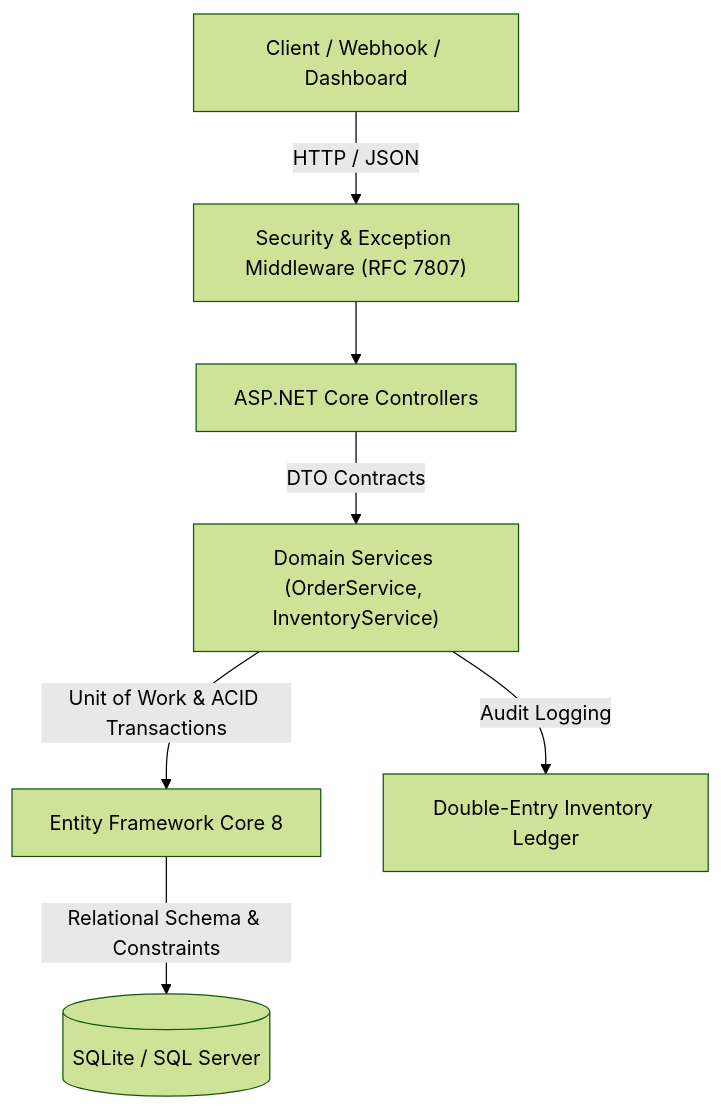
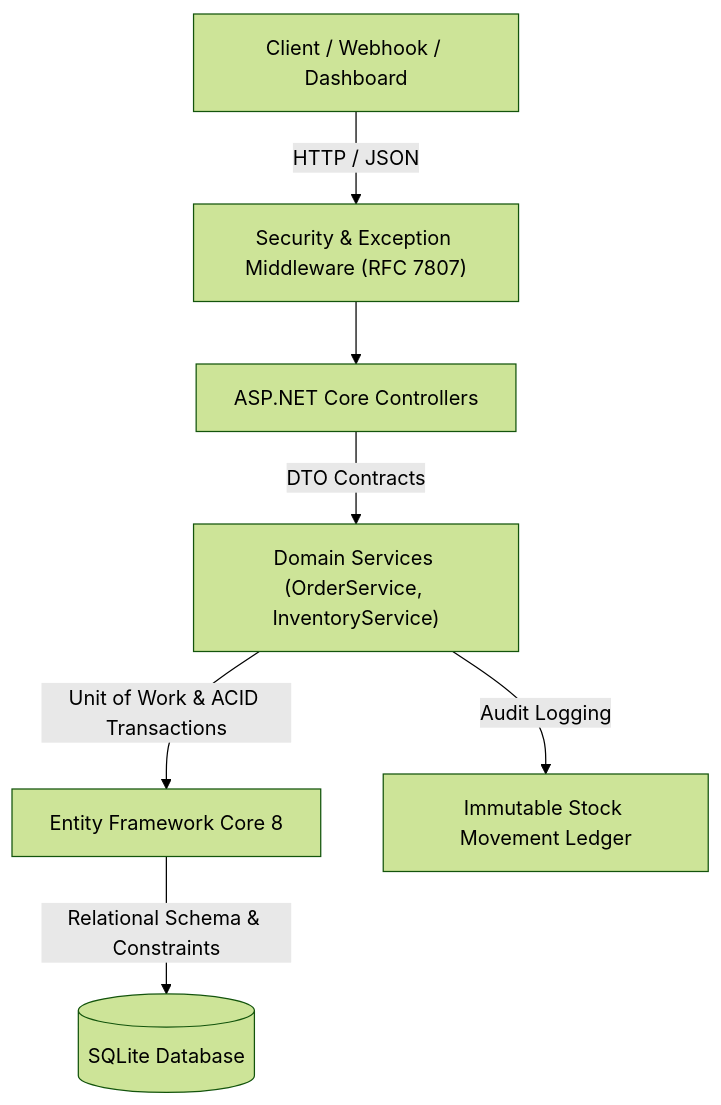
One commit to harsh-parakh22/Ledgr changed the diagram in README.md. Above: the diagram before and after it, drawn with Mermaid (forest theme). The commit also changed other lines of this file and 2 other files, not shown here.

````diff
--- a/README.md
+++ b/README.md
@@ -49,9 +30,9 @@
 ```mermaid
 graph TD
     Client["Client / Webhook / Dashboard"] -->|HTTP / JSON| Middleware["Security & Exception Middleware (RFC 7807)"]
     Middleware --> Controllers["ASP.NET Core Controllers"]
     Controllers -->|DTO Contracts| Services["Domain Services (OrderService, InventoryService)"]
     Services -->|Unit of Work & ACID Transactions| EFCore["Entity Framework Core 8"]
-    EFCore -->|Relational Schema & Constraints| DB[("SQLite / SQL Server")]
-    Services -->|Audit Logging| Ledger["Double-Entry Inventory Ledger"]
+    EFCore -->|Relational Schema & Constraints| DB[("SQLite Database")]
+    Services -->|Audit Logging| Ledger["Immutable Stock Movement Ledger"]
 ```
````
